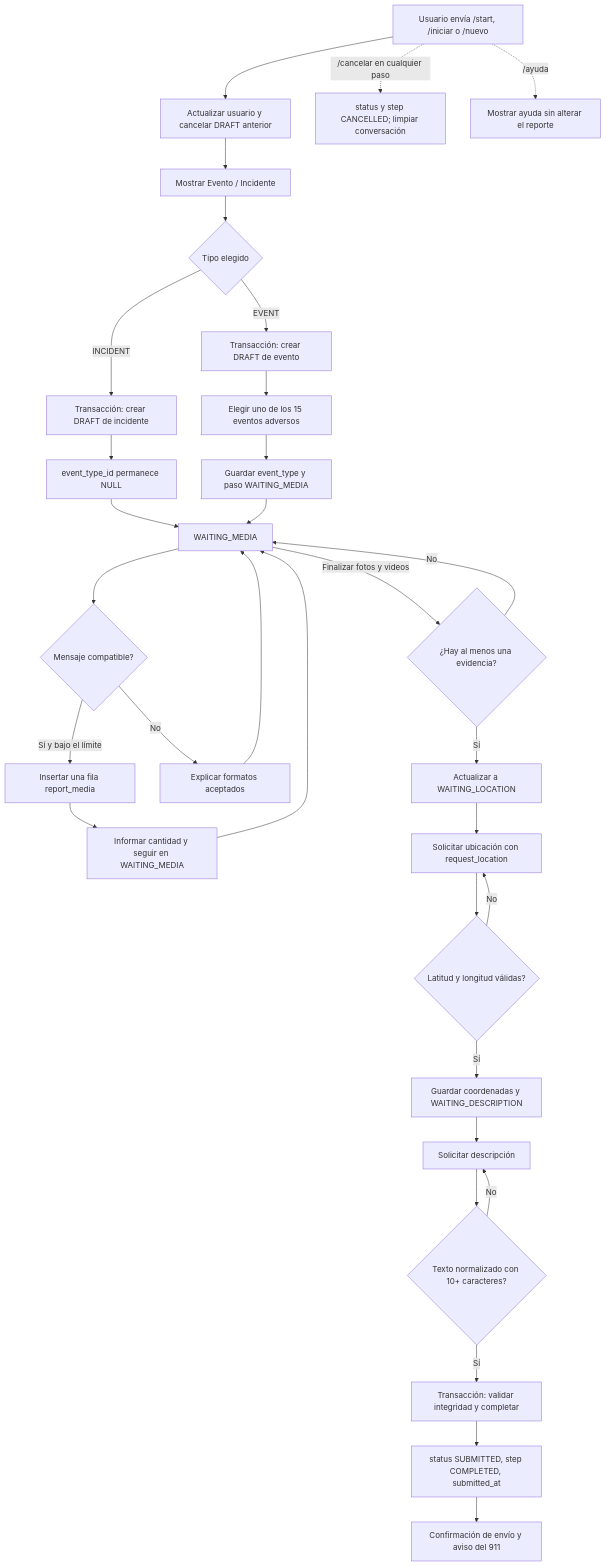
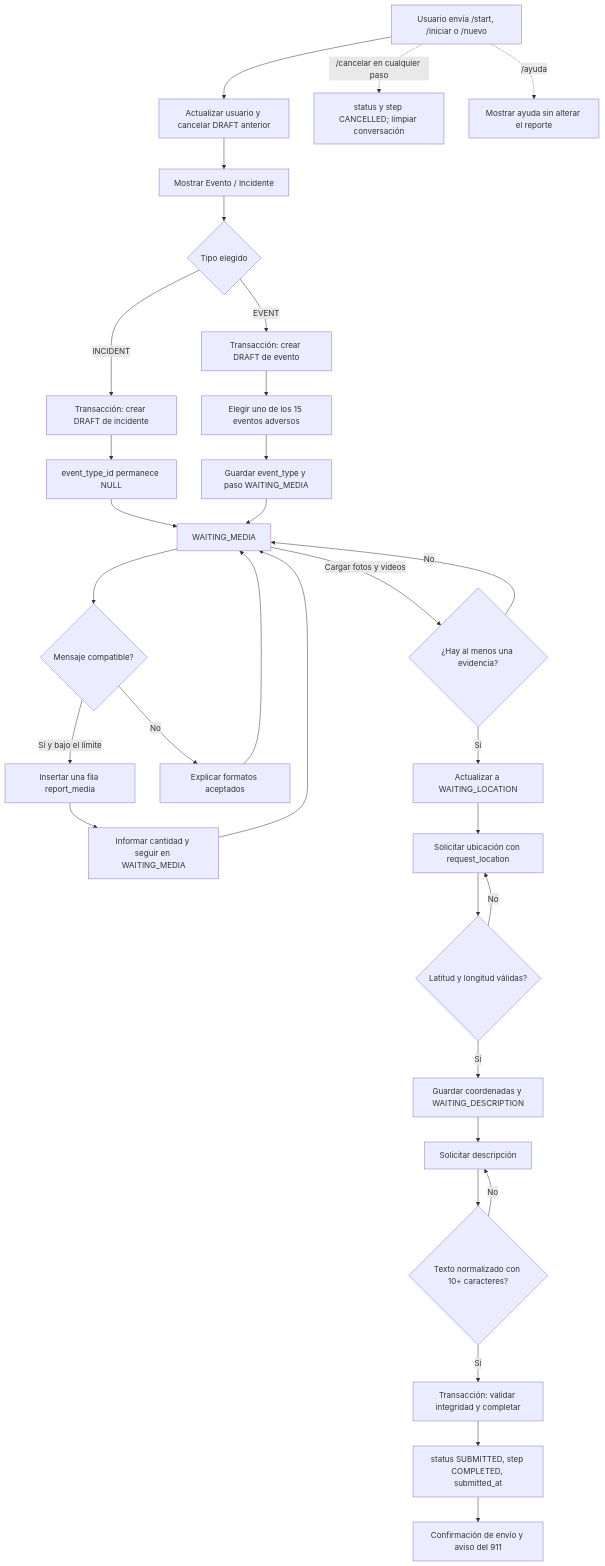
One commit to jhquihuiri7/galapagos_previene changed the first of 2 diagrams in README.md. Above: the diagram before and after it, drawn with Mermaid. The commit also changed other lines of this file and 4 other files, not shown here.

First line of the commit message:
feat(bot): renombra el botón de evidencias a «Cargar fotos y videos»

````diff
--- a/README.md
+++ b/README.md
@@ -91,34 +91,34 @@
 ```mermaid
 flowchart TD
     A[Usuario envía /start, /iniciar o /nuevo] --> A1[Actualizar usuario y cancelar DRAFT anterior]
     A1 --> B[Mostrar Evento / Incidente]
     B --> C{Tipo elegido}
     C -->|EVENT| D[Transacción: crear DRAFT de evento]
     C -->|INCIDENT| E[Transacción: crear DRAFT de incidente]
     D --> F[Elegir uno de los 15 eventos adversos]
     F --> G[Guardar event_type y paso WAITING_MEDIA]
     E --> H[event_type_id permanece NULL]
     H --> I[WAITING_MEDIA]
     G --> I
     I --> J{Mensaje compatible?}
     J -->|Sí y bajo el límite| K[Insertar una fila report_media]
     K --> L[Informar cantidad y seguir en WAITING_MEDIA]
     L --> I
     J -->|No| M[Explicar formatos aceptados]
     M --> I
-    I -->|Finalizar fotos y videos| N{¿Hay al menos una evidencia?}
+    I -->|Cargar fotos y videos| N{¿Hay al menos una evidencia?}
     N -->|No| I
     N -->|Sí| O[Actualizar a WAITING_LOCATION]
     O --> P[Solicitar ubicación con request_location]
     P --> Q{Latitud y longitud válidas?}
     Q -->|No| P
     Q -->|Sí| R[Guardar coordenadas y WAITING_DESCRIPTION]
     R --> S[Solicitar descripción]
     S --> T{Texto normalizado con 10+ caracteres?}
     T -->|No| S
     T -->|Sí| U[Transacción: validar integridad y completar]
     U --> V[status SUBMITTED, step COMPLETED, submitted_at]
     V --> W[Confirmación de envío y aviso del 911]
     A -. /cancelar en cualquier paso .-> X[status y step CANCELLED; limpiar conversación]
     A -. /ayuda .-> Y[Mostrar ayuda sin alterar el reporte]
 ```
````
